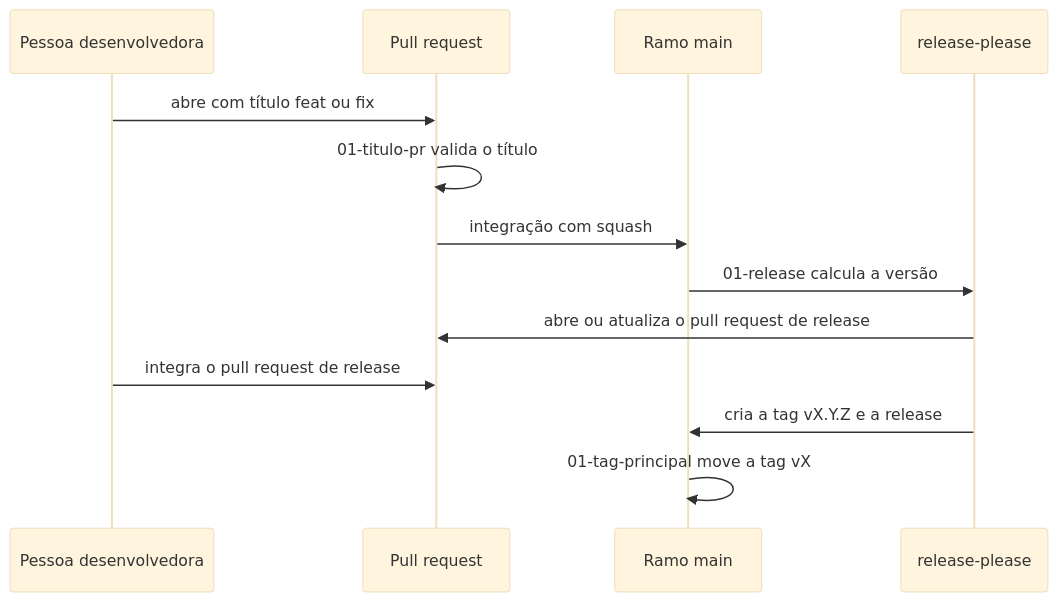
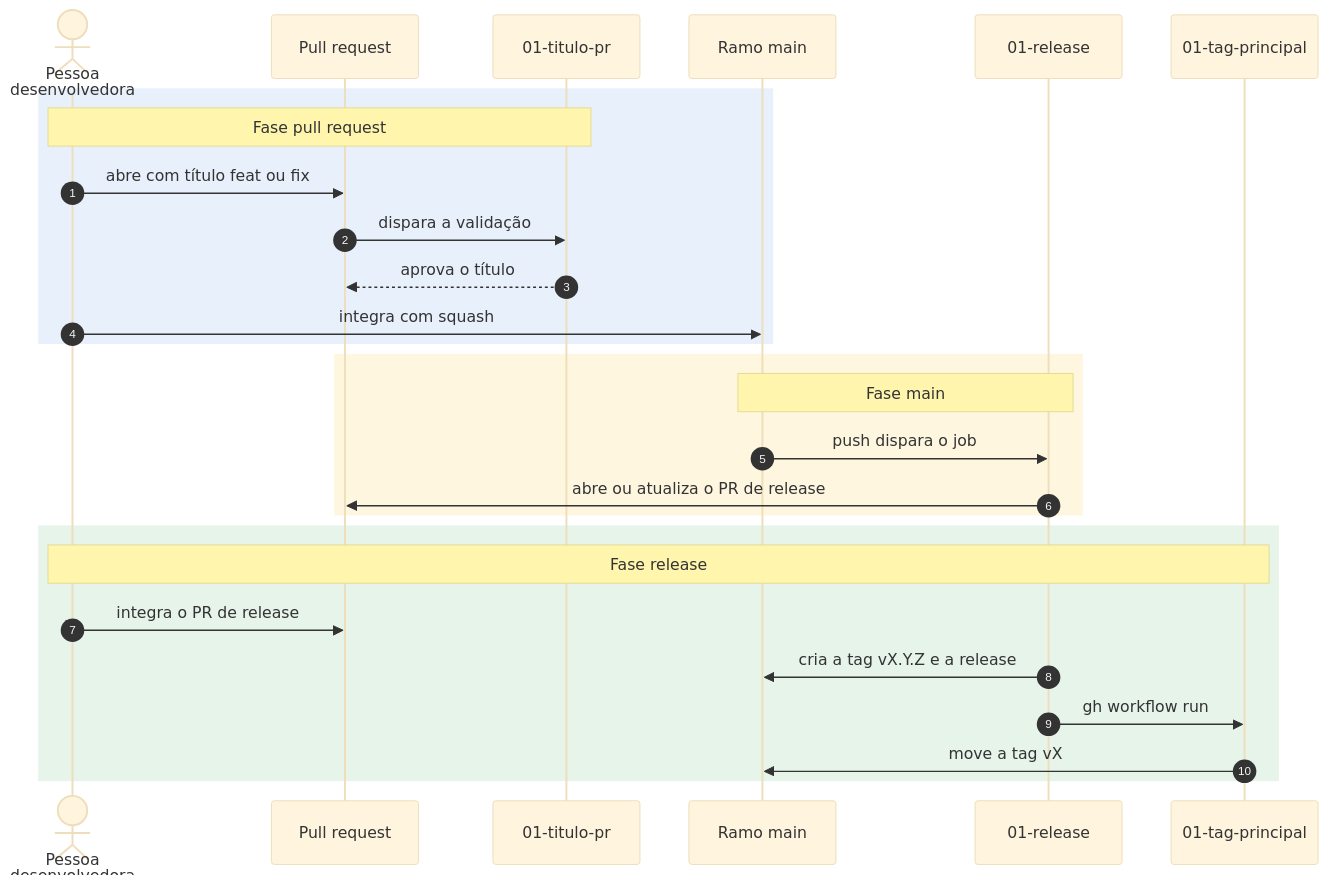
The first of 2 diagrams in cenarios/01-versionamento-semantico/README.md (arkhibr/devops-fluxos-c3dm), drawn with Mermaid (base theme) before and after one commit. The commit also changed other lines of this file and 7 other files, not shown here.

First line of the commit message:
docs(cenarios): trechos de workflow, links e diagramas dos cenários 01 a 07 (#25)

````diff
--- a/cenarios/01-versionamento-semantico/README.md
+++ b/cenarios/01-versionamento-semantico/README.md
@@ -28,15 +24,29 @@
 ```mermaid
 sequenceDiagram
-    participant D as Pessoa desenvolvedora
+    autonumber
+    actor D as Pessoa<br/>desenvolvedora
     participant PR as Pull request
+    participant T as 01-titulo-pr
     participant M as Ramo main
-    participant R as release-please
+    participant R as 01-release
+    participant G as 01-tag-principal
+    rect rgb(232, 241, 251)
+    Note over D,T: Fase pull request
     D->>PR: abre com título feat ou fix
-    PR->>PR: 01-titulo-pr valida o título
-    PR->>M: integração com squash
-    M->>R: 01-release calcula a versão
-    R->>PR: abre ou atualiza o pull request de release
-    D->>PR: integra o pull request de release
+    PR->>T: dispara a validação
+    T-->>PR: aprova o título
+    D->>M: integra com squash
+    end
+    rect rgb(255, 246, 224)
+    Note over M,R: Fase main
+    M->>R: push dispara o job
+    R->>PR: abre ou atualiza o PR de release
+    end
+    rect rgb(230, 244, 234)
+    Note over D,G: Fase release
+    D->>PR: integra o PR de release
     R->>M: cria a tag vX.Y.Z e a release
-    M->>M: 01-tag-principal move a tag vX
+    R->>G: gh workflow run
+    G->>M: move a tag vX
+    end
 ```
````
